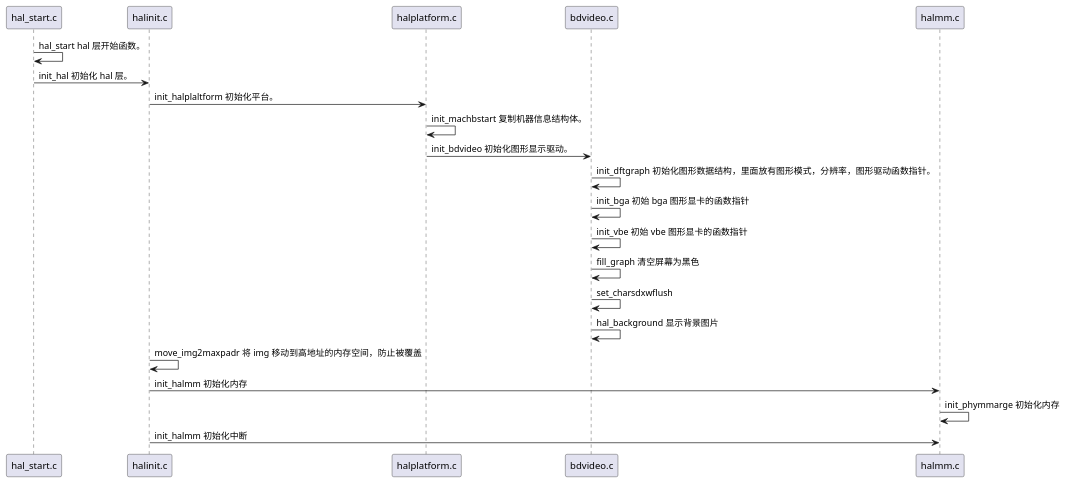
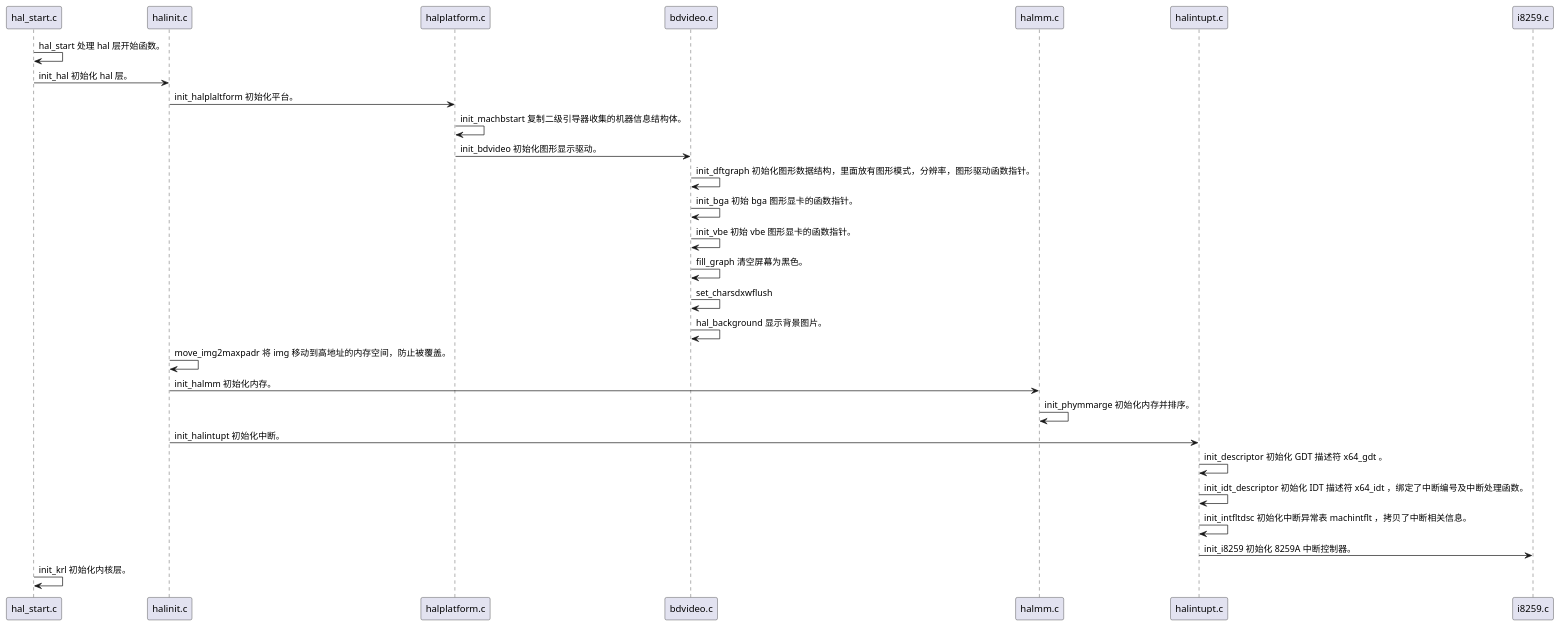
Before and after one commit to mickelfeng/ReverseBlog: the diagram in 操作系统实战06-实现hal层初始化.md, drawn with PlantUML. The commit also changed other lines of this file and 3 other files, not shown here.

````diff
--- a/操作系统实战06-实现hal层初始化.md
+++ b/操作系统实战06-实现hal层初始化.md
@@ -8,19 +10,24 @@
 ```puml
 @startuml
-hal_start.c -> hal_start.c : hal_start hal 层开始函数。 
+hal_start.c -> hal_start.c : hal_start 处理 hal 层开始函数。 
 hal_start.c -> halinit.c : init_hal 初始化 hal 层。
 halinit.c -> halplatform.c : init_halplaltform 初始化平台。
-halplatform.c -> halplatform.c : init_machbstart 复制机器信息结构体。
+halplatform.c -> halplatform.c : init_machbstart 复制二级引导器收集的机器信息结构体。
 halplatform.c -> bdvideo.c : init_bdvideo 初始化图形显示驱动。
 bdvideo.c -> bdvideo.c : init_dftgraph 初始化图形数据结构，里面放有图形模式，分辨率，图形驱动函数指针。
-bdvideo.c -> bdvideo.c : init_bga 初始 bga 图形显卡的函数指针
-bdvideo.c -> bdvideo.c : init_vbe 初始 vbe 图形显卡的函数指针
-bdvideo.c -> bdvideo.c : fill_graph 清空屏幕为黑色
+bdvideo.c -> bdvideo.c : init_bga 初始 bga 图形显卡的函数指针。
+bdvideo.c -> bdvideo.c : init_vbe 初始 vbe 图形显卡的函数指针。
+bdvideo.c -> bdvideo.c : fill_graph 清空屏幕为黑色。
 bdvideo.c -> bdvideo.c : set_charsdxwflush 
-bdvideo.c -> bdvideo.c : hal_background 显示背景图片 
-halinit.c -> halinit.c : move_img2maxpadr 将 img 移动到高地址的内存空间，防止被覆盖
-halinit.c -> halmm.c : init_halmm 初始化内存
-halmm.c -> halmm.c : init_phymmarge 初始化内存
-halinit.c -> halmm.c : init_halmm 初始化中断
+bdvideo.c -> bdvideo.c : hal_background 显示背景图片。
+halinit.c -> halinit.c : move_img2maxpadr 将 img 移动到高地址的内存空间，防止被覆盖。
+halinit.c -> halmm.c : init_halmm 初始化内存。
+halmm.c -> halmm.c : init_phymmarge 初始化内存并排序。
+halinit.c -> halintupt.c : init_halintupt 初始化中断。
+halintupt.c -> halintupt.c : init_descriptor 初始化 GDT 描述符 x64_gdt 。
+halintupt.c -> halintupt.c : init_idt_descriptor 初始化 IDT 描述符 x64_idt ，绑定了中断编号及中断处理函数。
+halintupt.c -> halintupt.c : init_intfltdsc 初始化中断异常表 machintflt ，拷贝了中断相关信息。
+halintupt.c -> i8259.c : init_i8259 初始化 8259A 中断控制器。
+hal_start.c -> hal_start.c : init_krl 初始化内核层。
 @enduml
 ```
````
